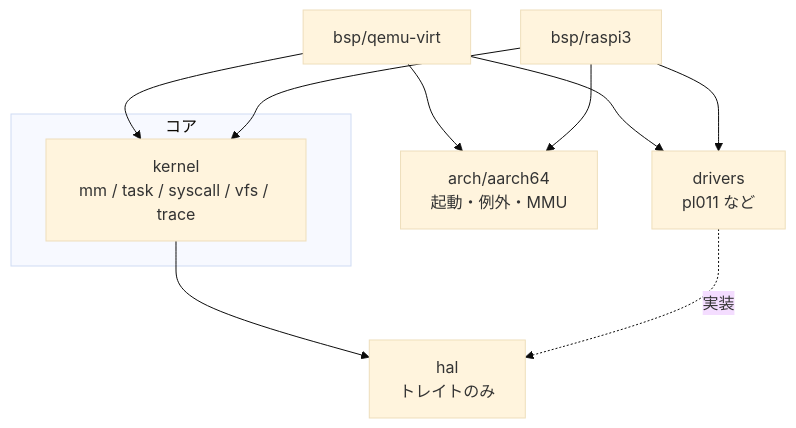
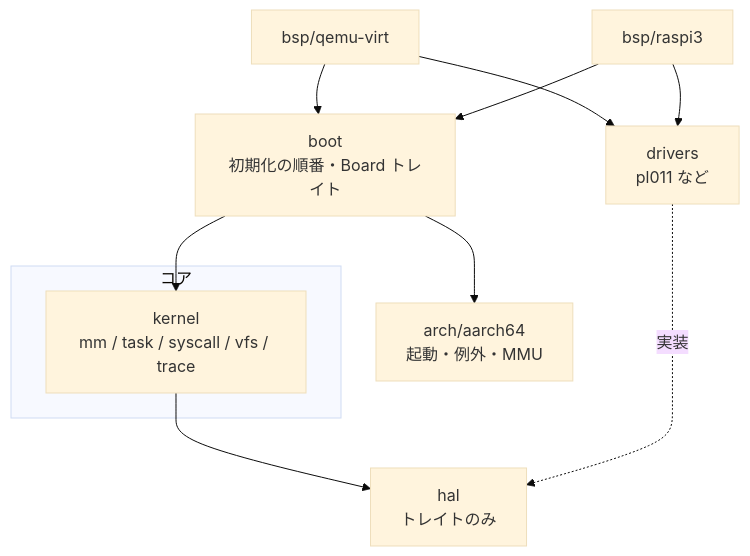
The diagram in docs/architecture.md (asmaz-soyo/pi-os), drawn with Mermaid (base theme) before and after one commit. The commit also changed other lines of this file and 23 other files, not shown here.

````diff
--- a/docs/architecture.md
+++ b/docs/architecture.md
@@ -5,15 +5,17 @@
 ```mermaid
 flowchart TB
     subgraph core[コア]
         kernel[kernel<br/>mm / task / syscall / vfs / trace]
     end
     hal[hal<br/>トレイトのみ]
     arch[arch/aarch64<br/>起動・例外・MMU]
     drivers[drivers<br/>pl011 など]
     bsp_virt[bsp/qemu-virt]
     bsp_pi[bsp/raspi3]
     kernel --> hal
     drivers -.実装.-> hal
-    bsp_virt --> kernel & drivers & arch
-    bsp_pi --> kernel & drivers & arch
+    boot[boot<br/>初期化の順番・Board トレイト]
+    boot --> kernel & arch
+    bsp_virt --> boot & drivers
+    bsp_pi --> boot & drivers
 ```
````
